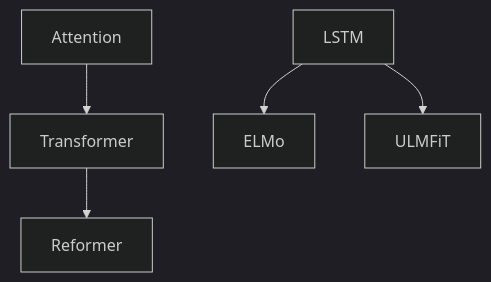
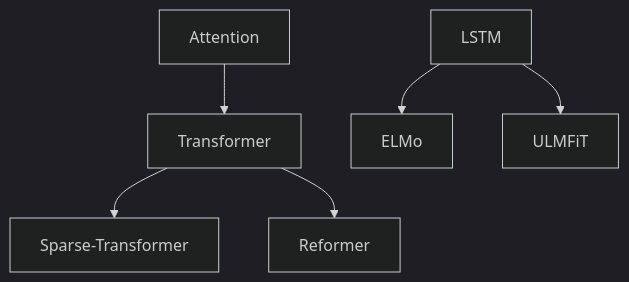
Before and after one commit to ted-sharp/chatvox: the third of 18 diagrams in doc/llm.md, drawn with Mermaid (dark theme). The commit also changed other lines of this file, not shown here.

````diff
--- a/doc/llm.md
+++ b/doc/llm.md
@@ -139,8 +139,10 @@
 ```mermaid
 flowchart
 
 Attention --> Transformer
 LSTM --> ELMo
 LSTM --> ULMFiT
+Transformer --> Sparse-Transformer
 Transformer --> Reformer
+
 ```
````
